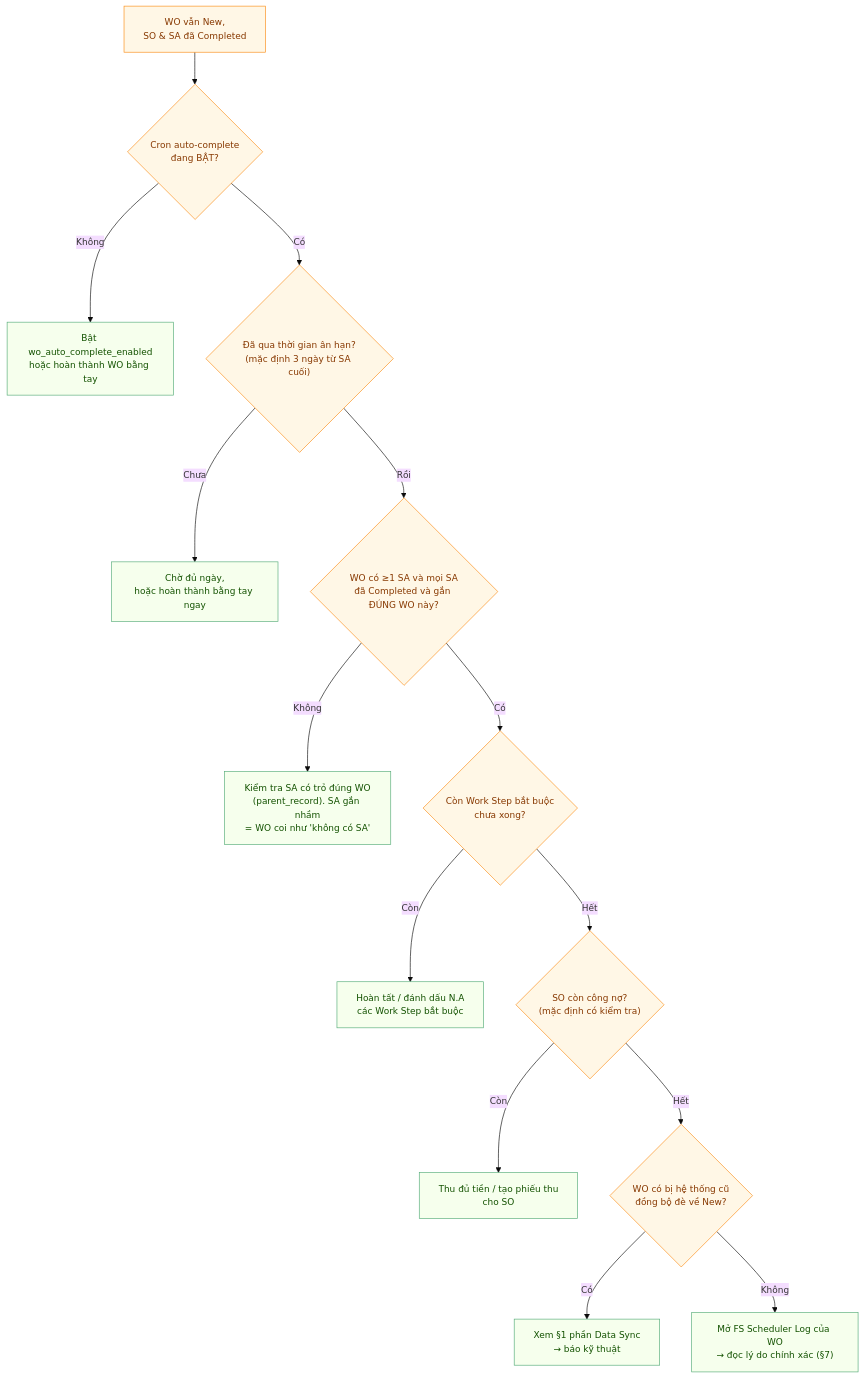
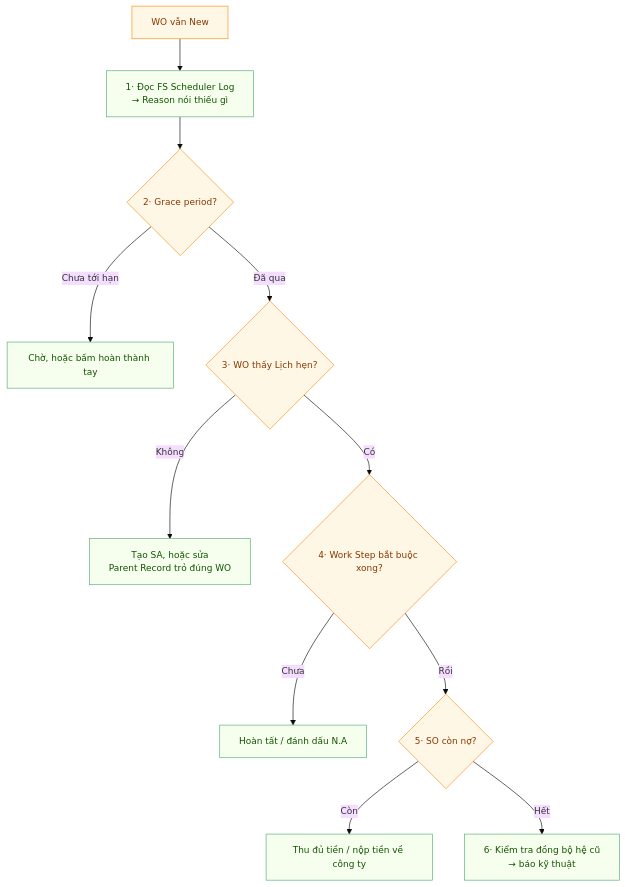
Before and after one commit to CobeGroup/cobe_erp_documents: the diagram in users/FSMNext-Xu-Ly-Su-Co.md, drawn with Mermaid. The commit also changed other lines of this file and 12 other files, not shown here.

````diff
--- a/users/FSMNext-Xu-Ly-Su-Co.md
+++ b/users/FSMNext-Xu-Ly-Su-Co.md
@@ -47,21 +149,17 @@
 ```mermaid
 %%{init: {'theme':'base','themeVariables':{'fontSize':'14px'}}}%%
 flowchart TD
   classDef q fill:#fff7e6,stroke:#fa8c16,color:#873800;
-  classDef a fill:#e6f4ff,stroke:#299dd8,color:#0b4a6f;
   classDef fix fill:#f6ffed,stroke:#54ab78,color:#135200;
 
-  S["WO vẫn New,<br/>SO & SA đã Completed"]:::q --> Q1{"Cron auto-complete<br/>đang BẬT?"}:::q
-  Q1 -->|Không| F1["Bật wo_auto_complete_enabled<br/>hoặc hoàn thành WO bằng tay"]:::fix
-  Q1 -->|Có| Q2{"Đã qua thời gian ân hạn?<br/>(mặc định 3 ngày từ SA cuối)"}:::q
-  Q2 -->|Chưa| F2["Chờ đủ ngày,<br/>hoặc hoàn thành bằng tay ngay"]:::fix
-  Q2 -->|Rồi| Q3{"WO có ≥1 SA và mọi SA<br/>đã Completed và gắn ĐÚNG WO này?"}:::q
-  Q3 -->|Không| F3["Kiểm tra SA có trỏ đúng WO<br/>(parent_record). SA gắn nhầm<br/>= WO coi như 'không có SA'"]:::fix
-  Q3 -->|Có| Q4{"Còn Work Step bắt buộc<br/>chưa xong?"}:::q
-  Q4 -->|Còn| F4["Hoàn tất / đánh dấu N.A<br/>các Work Step bắt buộc"]:::fix
-  Q4 -->|Hết| Q5{"SO còn công nợ?<br/>(mặc định có kiểm tra)"}:::q
-  Q5 -->|Còn| F5["Thu đủ tiền / tạo phiếu thu<br/>cho SO"]:::fix
-  Q5 -->|Hết| Q6{"WO có bị hệ thống cũ<br/>đồng bộ đè về New?"}:::q
-  Q6 -->|Có| F6["Xem §1 phần Data Sync<br/>→ báo kỹ thuật"]:::fix
-  Q6 -->|Không| F7["Mở FS Scheduler Log của WO<br/>→ đọc lý do chính xác (§7)"]:::fix
+  S["WO vẫn New"]:::q --> B1["1· Đọc FS Scheduler Log<br/>→ Reason nói thiếu gì"]:::fix
+  B1 --> B2{"2· Grace period?"}:::q
+  B2 -->|Chưa tới hạn| F2["Chờ, hoặc bấm hoàn thành tay"]:::fix
+  B2 -->|Đã qua| B3{"3· WO thấy Lịch hẹn?"}:::q
+  B3 -->|Không| F3["Tạo SA, hoặc sửa<br/>Parent Record trỏ đúng WO"]:::fix
+  B3 -->|Có| B4{"4· Work Step bắt buộc xong?"}:::q
+  B4 -->|Chưa| F4["Hoàn tất / đánh dấu N.A"]:::fix
+  B4 -->|Rồi| B5{"5· SO còn nợ?"}:::q
+  B5 -->|Còn| F5["Thu đủ tiền / nộp tiền về công ty"]:::fix
+  B5 -->|Hết| B6["6· Kiểm tra đồng bộ hệ cũ<br/>→ báo kỹ thuật"]:::fix
 ```
````
